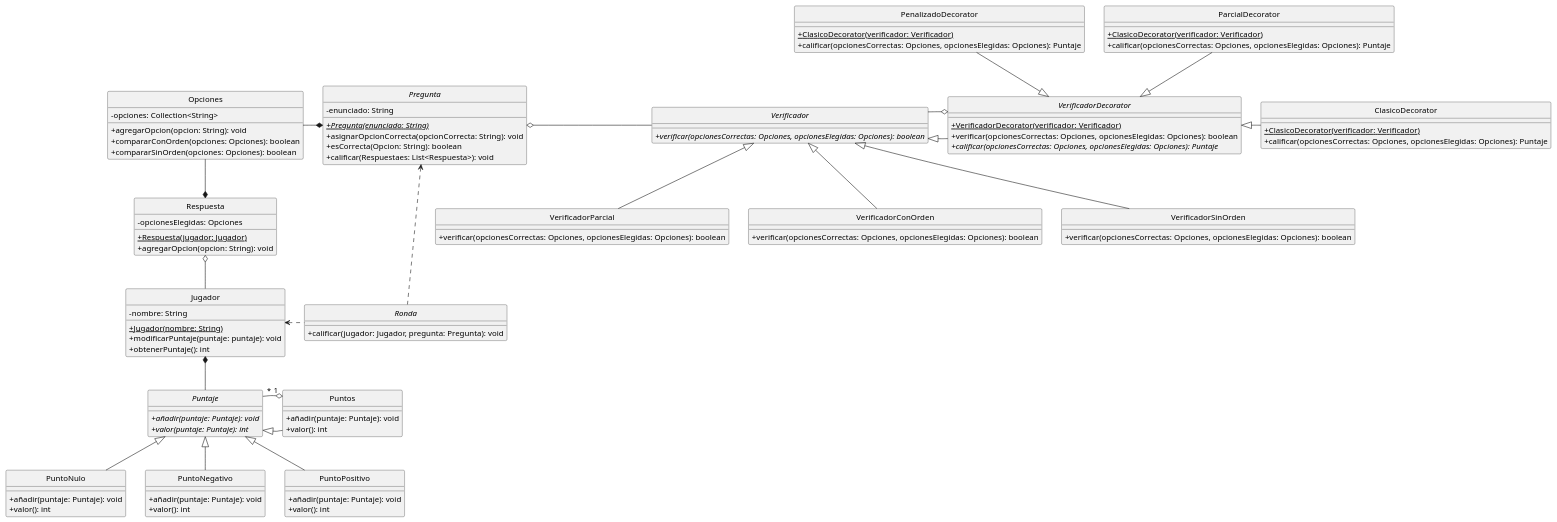
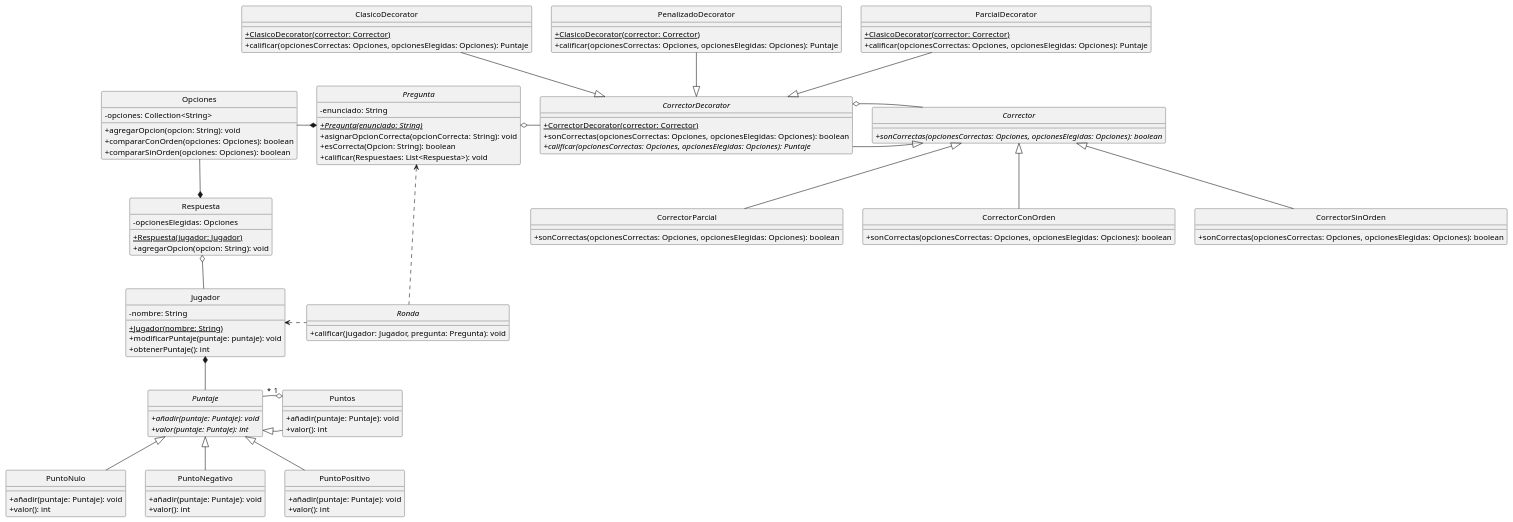
One commit to AmayaSantos/TP2-1 changed the diagram in src/main/java/edu/fiuba/algo3/modelo/diagramas/ModeloPosibleRefactorizacion.puml. Above: the diagram before and after it, drawn with PlantUML. The commit also changed 21 other files, not shown here.

Commit message:
Se cambio el nombre Verificador --> Corrector

```diff
--- a/src/main/java/edu/fiuba/algo3/modelo/diagramas/ModeloPosibleRefactorizacion.puml
+++ b/src/main/java/edu/fiuba/algo3/modelo/diagramas/ModeloPosibleRefactorizacion.puml
@@ -1,122 +1,122 @@
 @startuml
 hide circle
 skinparam classAttributeIconSize 0
 
 'Clases
 Class Opciones{
     -opciones: Collection<String>
     +agregarOpcion(opcion: String): void
     +compararConOrden(opciones: Opciones): boolean
     +compararSinOrden(opciones: Opciones): boolean
 }
 
 Abstract Class Pregunta{
     -enunciado: String
     +{abstract}{static}Pregunta(enunciado: String)
     +asignarOpcionCorrecta(opcionCorrecta: String): void
     +esCorrecta(Opcion: String): boolean
     +calificar(Respuestaes: List<Respuesta>): void
 }
 
 Class Respuesta{
     -opcionesElegidas: Opciones
     +{static}Respuesta(jugador: Jugador)
     +agregarOpcion(opcion: String): void
 }
 
 Class Jugador{
     -nombre: String
     +{Static}Jugador(nombre: String)
     +modificarPuntaje(puntaje: puntaje): void
     +obtenerPuntaje(): int
 }
 
 Abstract Class Puntaje{
     +{abstract}añadir(puntaje: Puntaje): void
     +{abstract}valor(puntaje: Puntaje): int
 }
 
 Class Puntos{
     +añadir(puntaje: Puntaje): void
     +valor(): int
 }
 
 Class PuntoNulo{
     +añadir(puntaje: Puntaje): void
     +valor(): int
 }
 
 Class PuntoNegativo{
     +añadir(puntaje: Puntaje): void
     +valor(): int
 }
 
 Class PuntoPositivo{
     +añadir(puntaje: Puntaje): void
     +valor(): int
 }
 
-Interface Verificador{
-    +{abstract}verificar(opcionesCorrectas: Opciones, opcionesElegidas: Opciones): boolean
+Interface Corrector{
+    +{abstract}sonCorrectas(opcionesCorrectas: Opciones, opcionesElegidas: Opciones): boolean
 }
 
-Class VerificadorConOrden{
-    +verificar(opcionesCorrectas: Opciones, opcionesElegidas: Opciones): boolean
+Class CorrectorConOrden{
+    +sonCorrectas(opcionesCorrectas: Opciones, opcionesElegidas: Opciones): boolean
 }
 
-Class VerificadorSinOrden{
-    +verificar(opcionesCorrectas: Opciones, opcionesElegidas: Opciones): boolean
+Class CorrectorSinOrden{
+    +sonCorrectas(opcionesCorrectas: Opciones, opcionesElegidas: Opciones): boolean
 }
 
-Class VerificadorParcial{
-    +verificar(opcionesCorrectas: Opciones, opcionesElegidas: Opciones): boolean
+Class CorrectorParcial{
+    +sonCorrectas(opcionesCorrectas: Opciones, opcionesElegidas: Opciones): boolean
 }
 
-Abstract Class VerificadorDecorator{
-    +{Static}VerificadorDecorator(verificador: Verificador)
-    +verificar(opcionesCorrectas: Opciones, opcionesElegidas: Opciones): boolean
+Abstract Class CorrectorDecorator{
+    +{Static}CorrectorDecorator(corrector: Corrector)
+    +sonCorrectas(opcionesCorrectas: Opciones, opcionesElegidas: Opciones): boolean
     +{abstract}calificar(opcionesCorrectas: Opciones, opcionesElegidas: Opciones): Puntaje
 }
 
 Class ClasicoDecorator{
-    +{Static}ClasicoDecorator(verificador: Verificador)
+    +{Static}ClasicoDecorator(corrector: Corrector)
     +calificar(opcionesCorrectas: Opciones, opcionesElegidas: Opciones): Puntaje
 }
 
 Class PenalizadoDecorator{
-    +{Static}ClasicoDecorator(verificador: Verificador)
+    +{Static}ClasicoDecorator(corrector: Corrector)
     +calificar(opcionesCorrectas: Opciones, opcionesElegidas: Opciones): Puntaje
 }
 
 Class ParcialDecorator{
-    +{Static}ClasicoDecorator(verificador: Verificador)
+    +{Static}ClasicoDecorator(corrector: Corrector)
     +calificar(opcionesCorrectas: Opciones, opcionesElegidas: Opciones): Puntaje
 }
 
 Abstract Class Ronda{
     +calificar(jugador: Jugador, pregunta: Pregunta): void
 }
 
 'Relaciones
 Respuesta o-- Jugador
 Pregunta *-left- Opciones
 Respuesta *-up- Opciones
 PuntoNegativo -up-|> Puntaje
 PuntoNulo -up-|> Puntaje
 PuntoPositivo -up-|> Puntaje
 Puntos -left-|> Puntaje
 Puntos "1" o-left- "*" Puntaje
 Jugador *-- Puntaje
-Pregunta o-right- Verificador
-VerificadorDecorator -left-|> Verificador
-VerificadorDecorator o-left- Verificador
-VerificadorSinOrden -up-|> Verificador
-VerificadorConOrden -up-|> Verificador
-VerificadorParcial -up-|> Verificador
-ClasicoDecorator -left-|> VerificadorDecorator
-PenalizadoDecorator --|> VerificadorDecorator
-ParcialDecorator --|> VerificadorDecorator
+Pregunta o-right- CorrectorDecorator
+CorrectorDecorator -right-|> Corrector
+CorrectorDecorator o-right- Corrector
+CorrectorSinOrden -up-|> Corrector
+CorrectorConOrden -up-|> Corrector
+CorrectorParcial -up-|> Corrector
+ClasicoDecorator -down-|> CorrectorDecorator
+PenalizadoDecorator --|> CorrectorDecorator
+ParcialDecorator --|> CorrectorDecorator
 Ronda .left.> Jugador
 Ronda .left.> Pregunta
 
 @enduml
```
